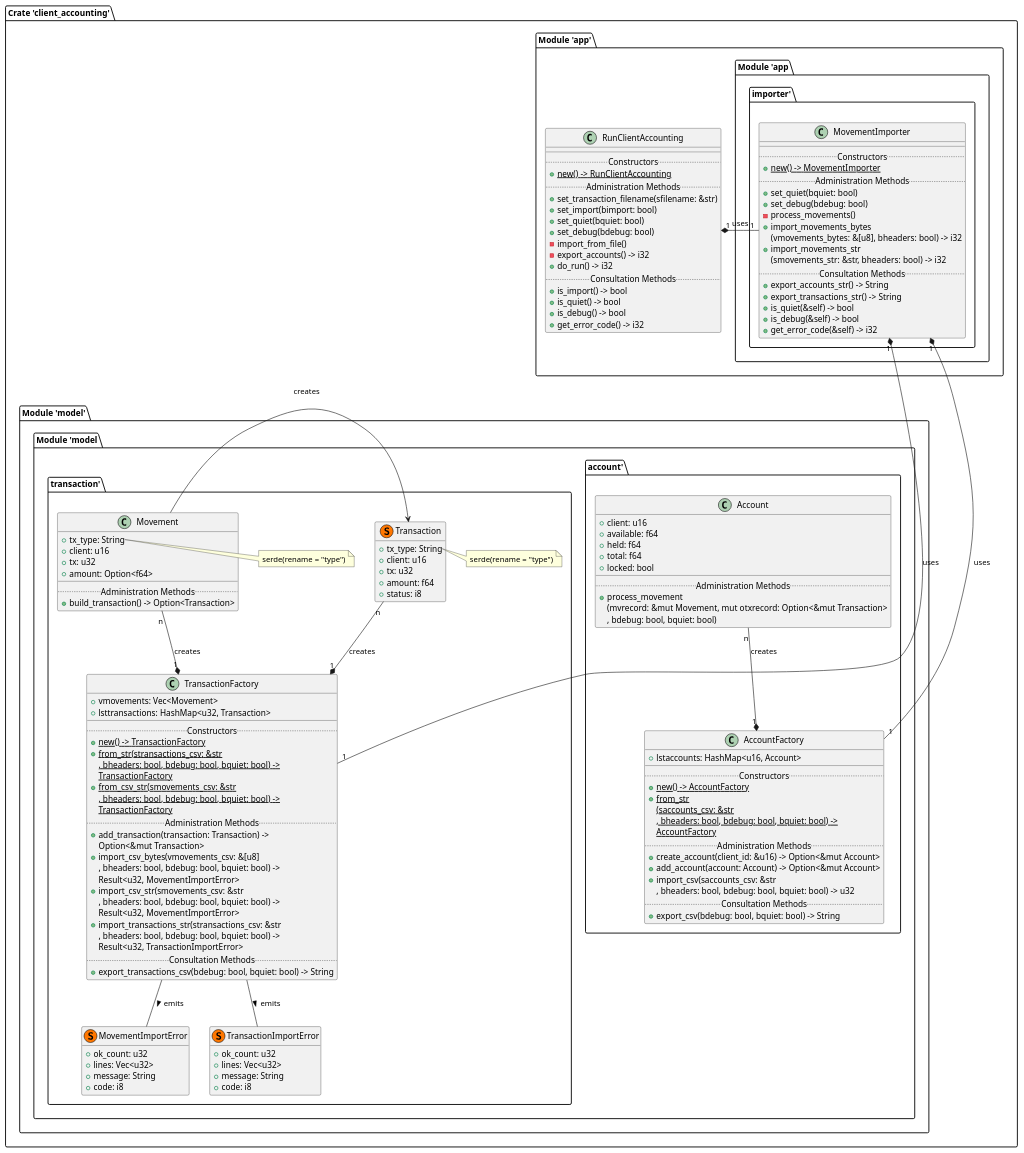
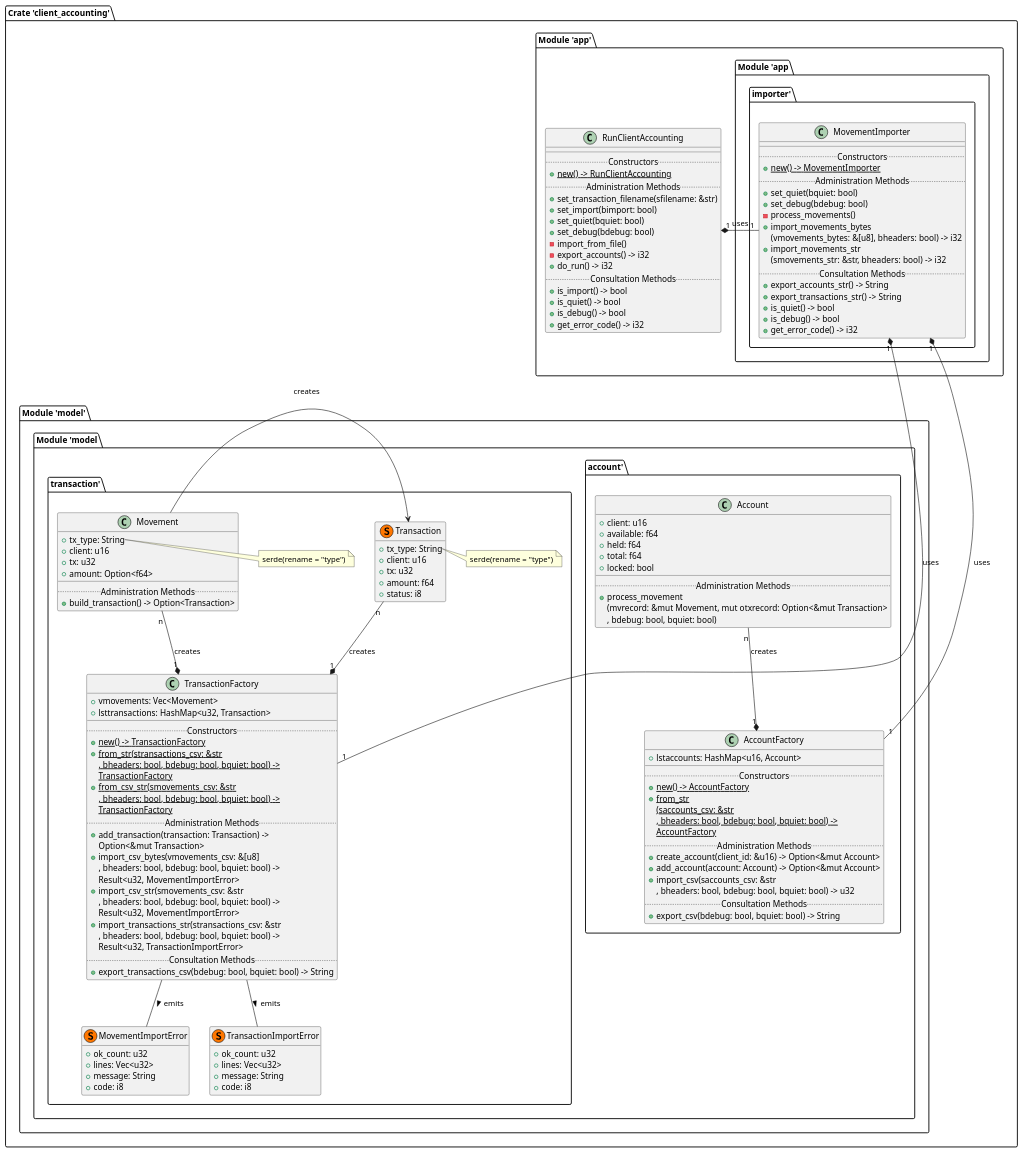
One commit to bodo-hugo-barwich/client-accounting-rs changed the diagram in docs/src/client_accounting.puml. Above: the diagram before and after it, drawn with PlantUML. The commit also changed 1 other file, not shown here.

Commit message:
Class Diagram Formatting

```diff
--- a/docs/src/client_accounting.puml
+++ b/docs/src/client_accounting.puml
@@ -1,176 +1,174 @@
 @startuml
 set namespaceSeparator ::
 package "Crate 'client_accounting'" <<Folder>> {
 
 package "Module 'app'" <<Folder>> {
 class RunClientAccounting {
 __
 .. Constructors ..
 {method}{static} + new() -> RunClientAccounting
 .. Administration Methods ..
 {method} + set_transaction_filename(sfilename: &str)
 {method} + set_import(bimport: bool)
 {method} + set_quiet(bquiet: bool)
 {method} + set_debug(bdebug: bool)
 {method} - import_from_file()
 {method} - export_accounts() -> i32
 {method} + do_run() -> i32
 .. Consultation Methods ..
 {method} + is_import() -> bool
 {method} + is_quiet() -> bool
 {method} + is_debug() -> bool
 {method} + get_error_code() -> i32
 }
 
 package "Module 'app::importer'" <<Folder>> {
 class MovementImporter {
 __
 .. Constructors ..
 {method}{static} + new() -> MovementImporter
 .. Administration Methods ..
 {method} + set_quiet(bquiet: bool)
 {method} + set_debug(bdebug: bool)
 {method} - process_movements()
 {method} + import_movements_bytes
-      (vmovements_bytes: &[u8], bheaders: bool) -> i32
+  (vmovements_bytes: &[u8], bheaders: bool) -> i32
 {method} + import_movements_str
-      (smovements_str: &str, bheaders: bool) -> i32
+  (smovements_str: &str, bheaders: bool) -> i32
 .. Consultation Methods ..
 {method} + export_accounts_str() -> String
 {method} + export_transactions_str() -> String
-{method} + is_quiet(&self) -> bool
-{method} + is_debug(&self) -> bool
-{method} + get_error_code(&self) -> i32
+{method} + is_quiet() -> bool
+{method} + is_debug() -> bool
+{method} + get_error_code() -> i32
 }
 }
 
 RunClientAccounting “1" *-right- "1" MovementImporter : uses
 }
 
 
 package "Module 'model'" <<Folder>> {
 
 package "Module 'model::account'" <<Folder>> {
 
 class Account {
 + client: u16
 + available: f64
 + held: f64
 + total: f64
 + locked: bool
 __
 .. Administration Methods ..
 {method} + process_movement
-    (mvrecord: &mut Movement, mut otxrecord: Option<&mut Transaction>
-    , bdebug: bool, bquiet: bool)
+  (mvrecord: &mut Movement, mut otxrecord: Option<&mut Transaction>
+  , bdebug: bool, bquiet: bool)
 }
 
 class AccountFactory {
 + lstaccounts: HashMap<u16, Account>
 __
 .. Constructors ..
 {method}{static} + new() -> AccountFactory
 {method}{static} + from_str
 {static}  (saccounts_csv: &str
 {static}  , bheaders: bool, bdebug: bool, bquiet: bool) ->
 {static}  AccountFactory
 .. Administration Methods ..
 {method} + create_account(client_id: &u16) -> Option<&mut Account>
 {method} + add_account(account: Account) -> Option<&mut Account>
 {method} + import_csv(saccounts_csv: &str
-    , bheaders: bool, bdebug: bool, bquiet: bool) -> u32
+  , bheaders: bool, bdebug: bool, bquiet: bool) -> u32
 .. Consultation Methods ..
 {method} + export_csv(bdebug: bool, bquiet: bool) -> String
 }
 
 MovementImporter “1" *-- "1" AccountFactory : uses
 AccountFactory “1" *-up- "n" Account : creates
 }
 
 package "Module 'model::transaction'" <<Folder>> {
 
 class Movement {
 + tx_type: String
 + client: u16
 + tx: u32
 + amount: Option<f64>
 __
 .. Administration Methods ..
 {method} + build_transaction() -> Option<Transaction>
 }
 note right of Movement::tx_type
   serde(rename = "type")
 end note
 RunClientAccounting -down[hidden]- Movement
 
 class Transaction << (S,#FF7700) >> {
 + tx_type: String
 + client: u16
 + tx: u32
 + amount: f64
 + status: i8
 }
 hide Transaction methods
 note right of Transaction::tx_type
   serde(rename = "type")
 end note
 Movement -right-> Transaction : creates
 
 class TransactionFactory {
 + vmovements: Vec<Movement>
 + lsttransactions: HashMap<u32, Transaction>
 __
 .. Constructors ..
 {method}{static} + new() -> TransactionFactory
 {method}{static} + from_str(stransactions_csv: &str
 {static}  , bheaders: bool, bdebug: bool, bquiet: bool) ->
 {static}  TransactionFactory
 {method}{static} + from_csv_str(smovements_csv: &str
 {static}  , bheaders: bool, bdebug: bool, bquiet: bool) ->
 {static}  TransactionFactory
 .. Administration Methods ..
 {method} + add_transaction(transaction: Transaction) ->
   Option<&mut Transaction>
 {method} + import_csv_bytes(vmovements_csv: &[u8]
   , bheaders: bool, bdebug: bool, bquiet: bool) ->
   Result<u32, MovementImportError>
 {method} + import_csv_str(smovements_csv: &str
   , bheaders: bool, bdebug: bool, bquiet: bool) ->
   Result<u32, MovementImportError>
 {method} + import_transactions_str(stransactions_csv: &str
   , bheaders: bool, bdebug: bool, bquiet: bool) ->
   Result<u32, TransactionImportError>
 .. Consultation Methods ..
 {method} + export_transactions_csv(bdebug: bool, bquiet: bool) -> String
 }
 MovementImporter “1" *-- "1" TransactionFactory : uses
 Movement -down[hidden]- TransactionFactory
 
 class MovementImportError << (S,#FF7700) >> {
 + ok_count: u32
 + lines: Vec<u32>
 + message: String
 + code: i8
 }
 hide MovementImportError methods
 TransactionFactory -down- MovementImportError : emits >
 
 class TransactionImportError << (S,#FF7700) >> {
 + ok_count: u32
 + lines: Vec<u32>
 + message: String
 + code: i8
 }
 hide TransactionImportError methods
 TransactionFactory - TransactionImportError : emits >
 MovementImportError -right[hidden]- TransactionImportError
 
 TransactionFactory “1" *-up- "n" Transaction : creates
 TransactionFactory “1" *-up- "n" Movement : creates
-
-
+}
 }
 
 
-}
 @enduml
```
